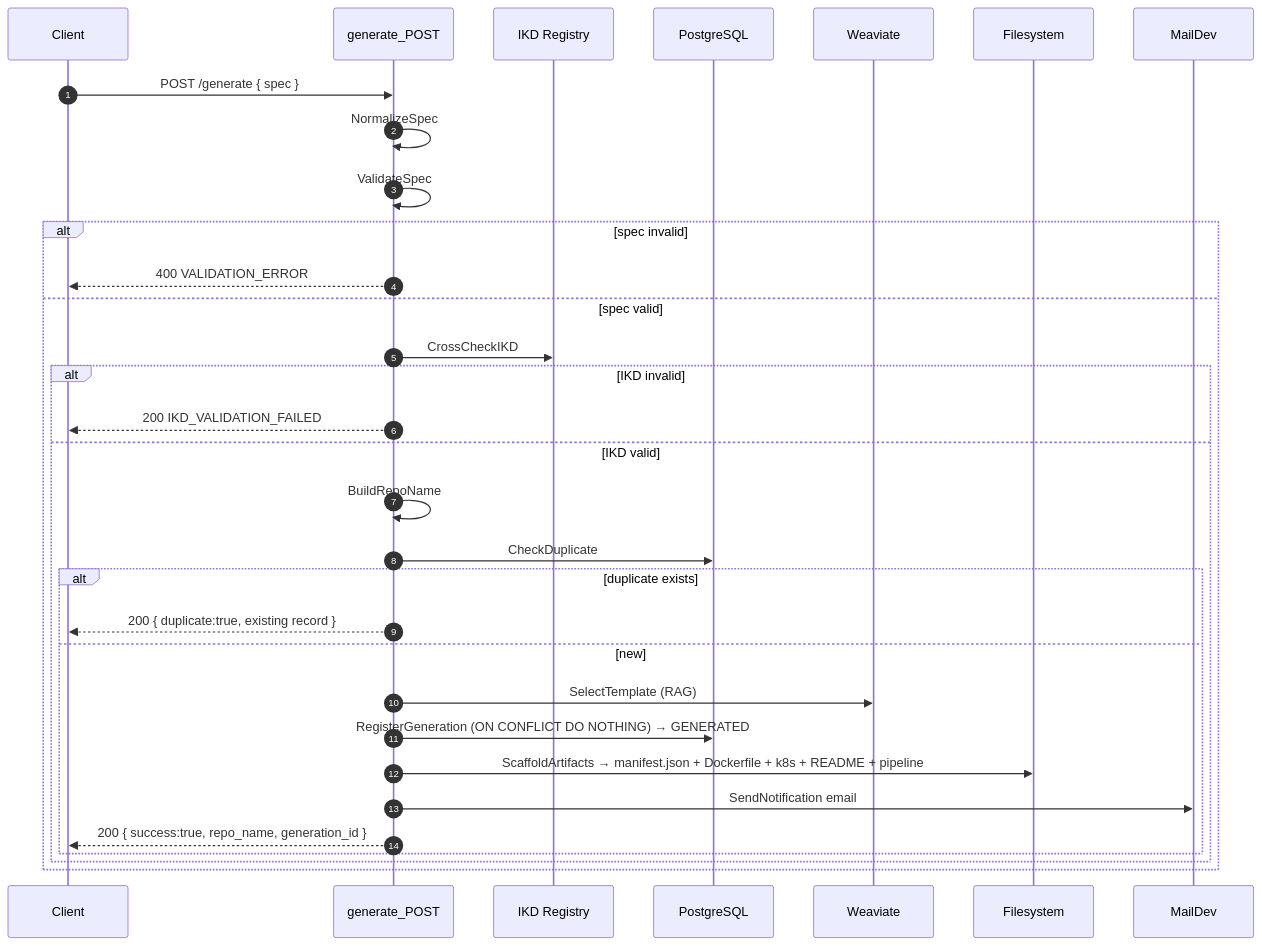
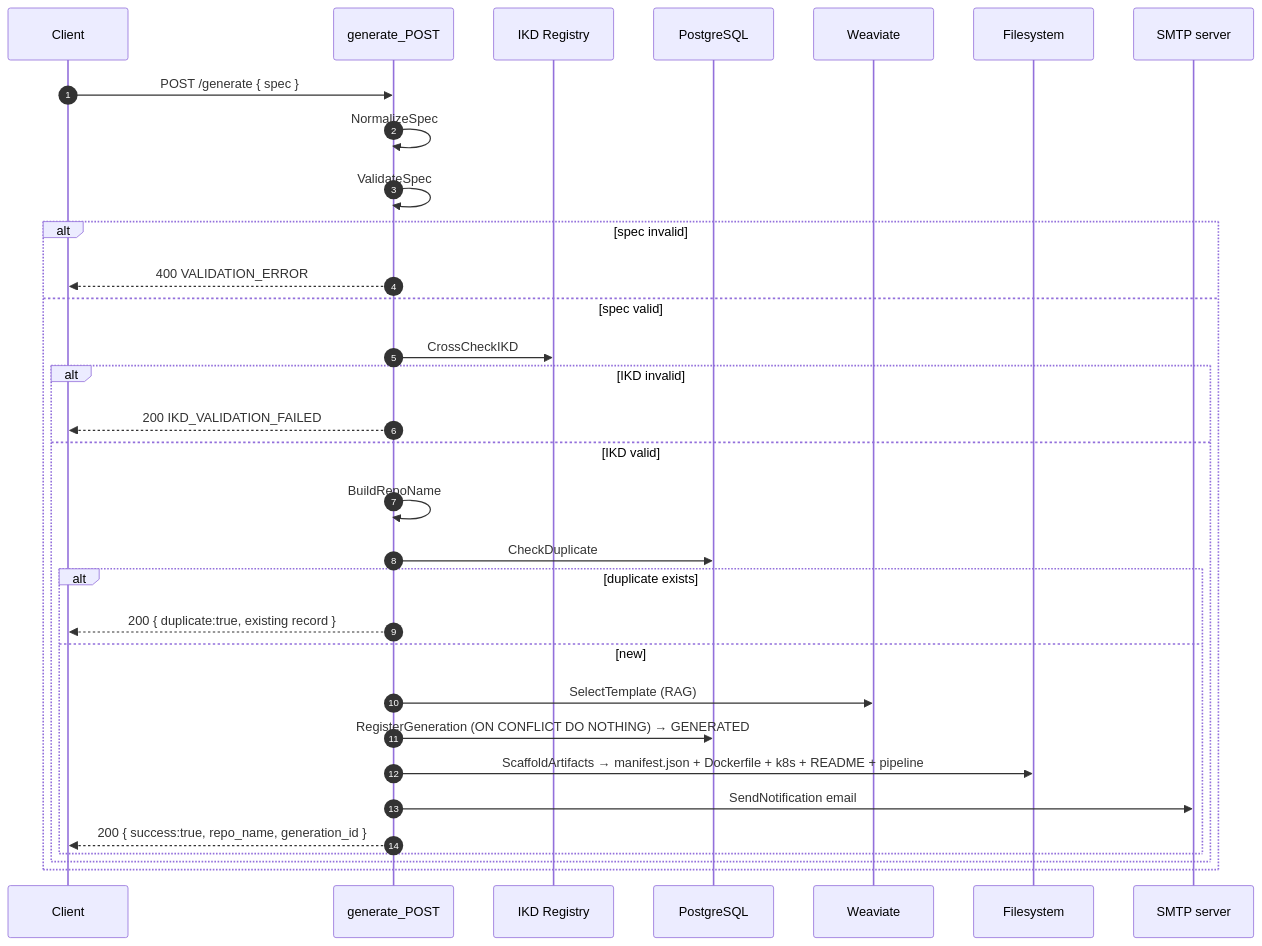
One commit to mpandav-tibco/ai-template-generator changed the second of 3 diagrams in README.md. Above: the diagram before and after it, drawn with Mermaid. The commit also changed other lines of this file and 1 other file, not shown here.

First line of the commit message:
docs: generic LLM/SMTP backends, governance-gates diagram, UI step-by-step guide

````diff
--- a/README.md
+++ b/README.md
@@ -70,35 +70,35 @@
 ```mermaid
 sequenceDiagram
     autonumber
     participant C as Client
     participant G as generate_POST
     participant IKD as IKD Registry
     participant DB as PostgreSQL
     participant WV as Weaviate
     participant FS as Filesystem
-    participant M as MailDev
+    participant M as SMTP server
 
     C->>G: POST /generate { spec }
     G->>G: NormalizeSpec
     G->>G: ValidateSpec
     alt spec invalid
         G-->>C: 400 VALIDATION_ERROR
     else spec valid
         G->>IKD: CrossCheckIKD
         alt IKD invalid
             G-->>C: 200 IKD_VALIDATION_FAILED
         else IKD valid
             G->>G: BuildRepoName
             G->>DB: CheckDuplicate
             alt duplicate exists
                 G-->>C: 200 { duplicate:true, existing record }
             else new
                 G->>WV: SelectTemplate (RAG)
                 G->>DB: RegisterGeneration (ON CONFLICT DO NOTHING) → GENERATED
                 G->>FS: ScaffoldArtifacts → manifest.json + Dockerfile + k8s + README + pipeline
                 G->>M: SendNotification email
                 G-->>C: 200 { success:true, repo_name, generation_id }
             end
         end
     end
 ```
````
